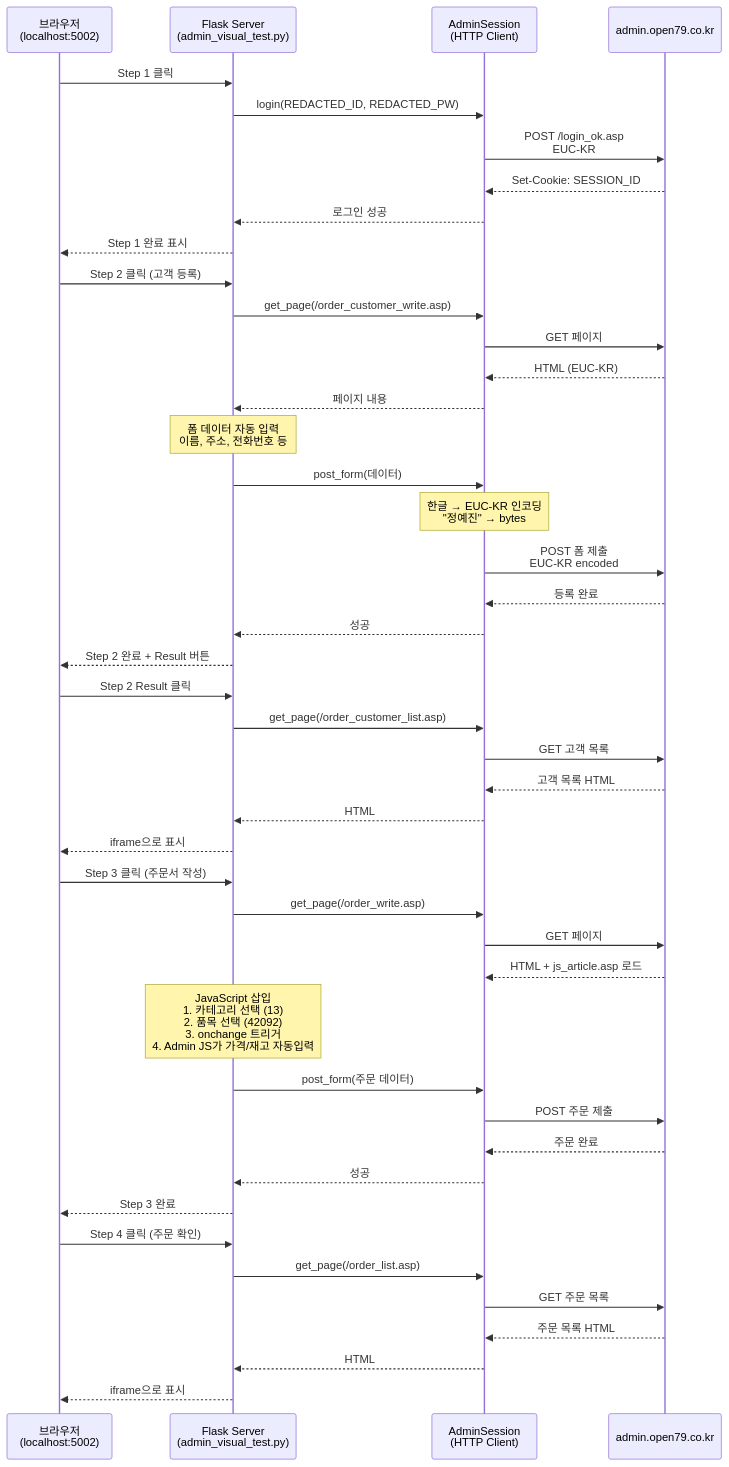
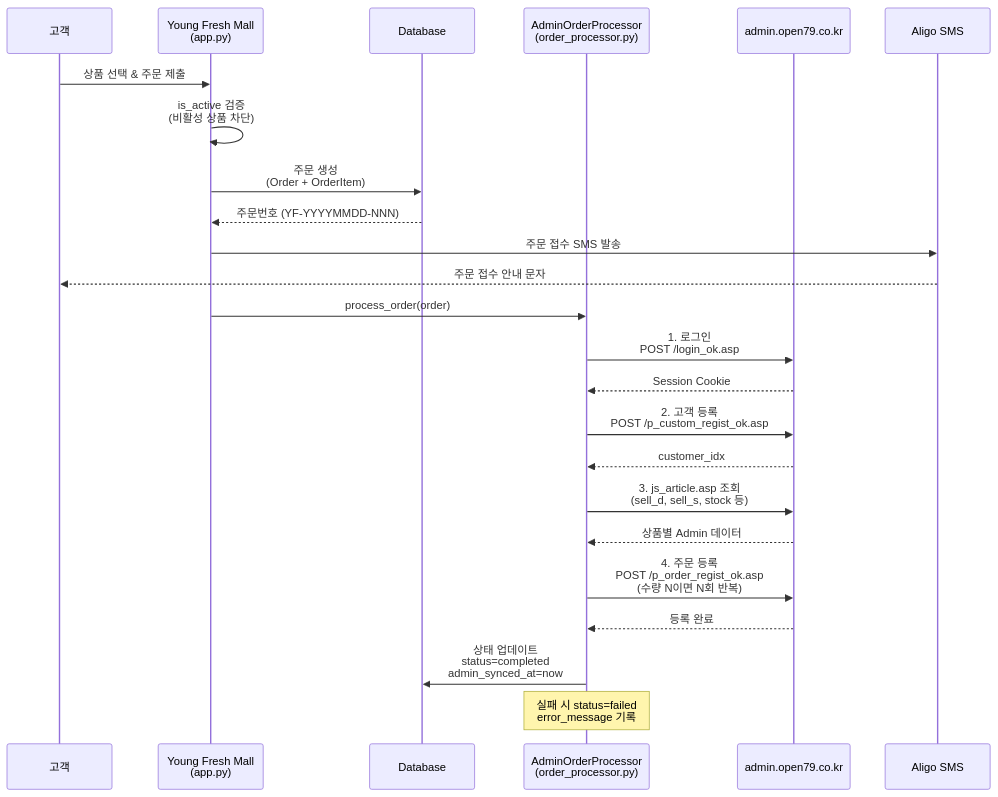
One commit to Yejinius/Fruits_final changed the sixth of 9 diagrams in PROJECT_DOCUMENTATION.md. Above: the diagram before and after it, drawn with Mermaid. The commit also changed other lines of this file and 678 other files, not shown here.

Commit message:
feat: Add `band_poster.py` and `order_processor.py`, update `config.py`, `models.py`, `crawler.py`, and project documentation.

````diff
--- a/PROJECT_DOCUMENTATION.md
+++ b/PROJECT_DOCUMENTATION.md
@@ -108,58 +226,35 @@
 ```mermaid
 sequenceDiagram
-    participant USER as 브라우저<br/>(localhost:5002)
-    participant FLASK as Flask Server<br/>(admin_visual_test.py)
-    participant SESSION as AdminSession<br/>(HTTP Client)
+    participant CUST as 고객
+    participant MALL as Young Fresh Mall<br/>(app.py)
+    participant DB as Database
+    participant PROC as AdminOrderProcessor<br/>(order_processor.py)
     participant ADMIN as admin.open79.co.kr
+    participant SMS as Aligo SMS
 
-    USER->>FLASK: Step 1 클릭
-    FLASK->>SESSION: login(REDACTED_ID, REDACTED_PW)
-    SESSION->>ADMIN: POST /login_ok.asp<br/>EUC-KR
-    ADMIN-->>SESSION: Set-Cookie: SESSION_ID
-    SESSION-->>FLASK: 로그인 성공
-    FLASK-->>USER: Step 1 완료 표시
+    CUST->>MALL: 상품 선택 & 주문 제출
+    MALL->>MALL: is_active 검증<br/>(비활성 상품 차단)
+    MALL->>DB: 주문 생성<br/>(Order + OrderItem)
+    DB-->>MALL: 주문번호 (YF-YYYYMMDD-NNN)
 
-    USER->>FLASK: Step 2 클릭 (고객 등록)
-    FLASK->>SESSION: get_page(/order_customer_write.asp)
-    SESSION->>ADMIN: GET 페이지
-    ADMIN-->>SESSION: HTML (EUC-KR)
-    SESSION-->>FLASK: 페이지 내용
+    MALL->>SMS: 주문 접수 SMS 발송
+    SMS-->>CUST: 주문 접수 안내 문자
 
-    Note over FLASK: 폼 데이터 자동 입력<br/>이름, 주소, 전화번호 등
+    MALL->>PROC: process_order(order)
 
-    FLASK->>SESSION: post_form(데이터)
+    PROC->>ADMIN: 1. 로그인<br/>POST /login_ok.asp
+    ADMIN-->>PROC: Session Cookie
 
-    Note over SESSION: 한글 → EUC-KR 인코딩<br/>"정예진" → bytes
+    PROC->>ADMIN: 2. 고객 등록<br/>POST /p_custom_regist_ok.asp
+    ADMIN-->>PROC: customer_idx
 
-    SESSION->>ADMIN: POST 폼 제출<br/>EUC-KR encoded
-    ADMIN-->>SESSION: 등록 완료
-    SESSION-->>FLASK: 성공
-    FLASK-->>USER: Step 2 완료 + Result 버튼
+    PROC->>ADMIN: 3. js_article.asp 조회<br/>(sell_d, sell_s, stock 등)
+    ADMIN-->>PROC: 상품별 Admin 데이터
 
-    USER->>FLASK: Step 2 Result 클릭
-    FLASK->>SESSION: get_page(/order_customer_list.asp)
-    SESSION->>ADMIN: GET 고객 목록
-    ADMIN-->>SESSION: 고객 목록 HTML
-    SESSION-->>FLASK: HTML
-    FLASK-->>USER: iframe으로 표시
+    PROC->>ADMIN: 4. 주문 등록<br/>POST /p_order_regist_ok.asp<br/>(수량 N이면 N회 반복)
+    ADMIN-->>PROC: 등록 완료
 
-    USER->>FLASK: Step 3 클릭 (주문서 작성)
-    FLASK->>SESSION: get_page(/order_write.asp)
-    SESSION->>ADMIN: GET 페이지
-    ADMIN-->>SESSION: HTML + js_article.asp 로드
+    PROC->>DB: 상태 업데이트<br/>status=completed<br/>admin_synced_at=now
 
-    Note over FLASK: JavaScript 삽입<br/>1. 카테고리 선택 (13)<br/>2. 품목 선택 (42092)<br/>3. onchange 트리거<br/>4. Admin JS가 가격/재고 자동입력
-
-    FLASK->>SESSION: post_form(주문 데이터)
-    SESSION->>ADMIN: POST 주문 제출
-    ADMIN-->>SESSION: 주문 완료
-    SESSION-->>FLASK: 성공
-    FLASK-->>USER: Step 3 완료
-
-    USER->>FLASK: Step 4 클릭 (주문 확인)
-    FLASK->>SESSION: get_page(/order_list.asp)
-    SESSION->>ADMIN: GET 주문 목록
-    ADMIN-->>SESSION: 주문 목록 HTML
-    SESSION-->>FLASK: HTML
-    FLASK-->>USER: iframe으로 표시
+    Note over PROC: 실패 시 status=failed<br/>error_message 기록
 ```
````
